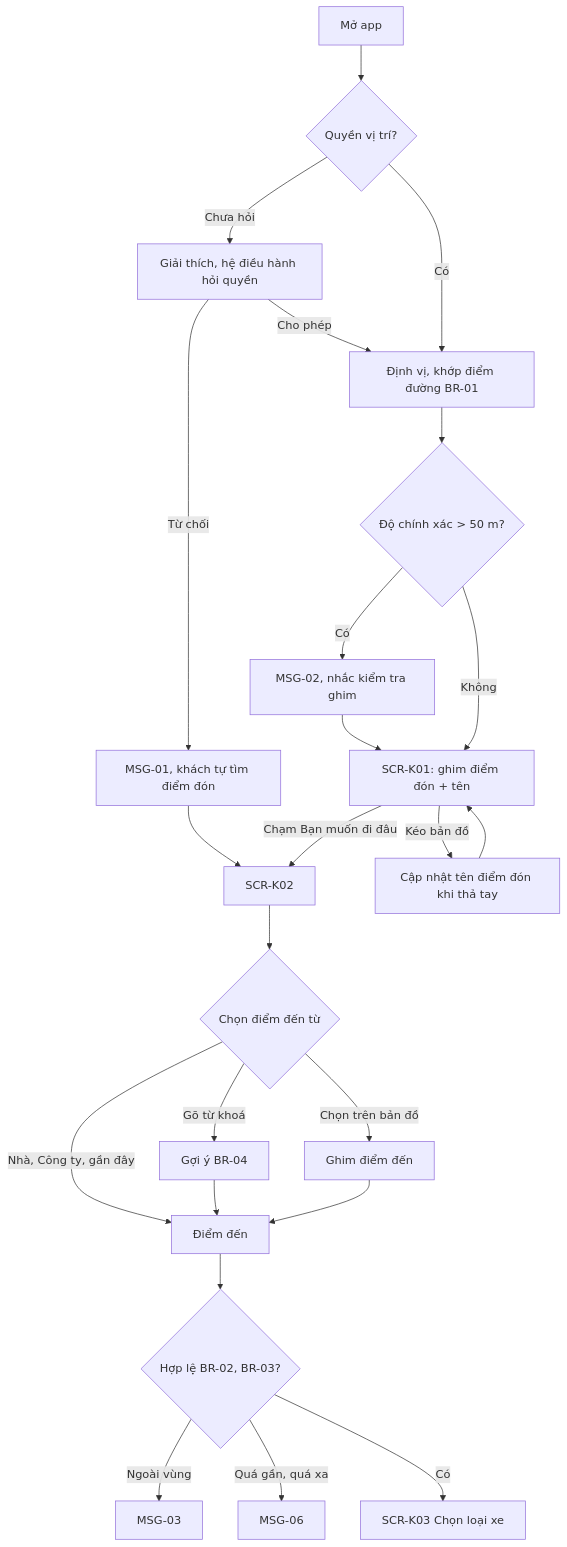
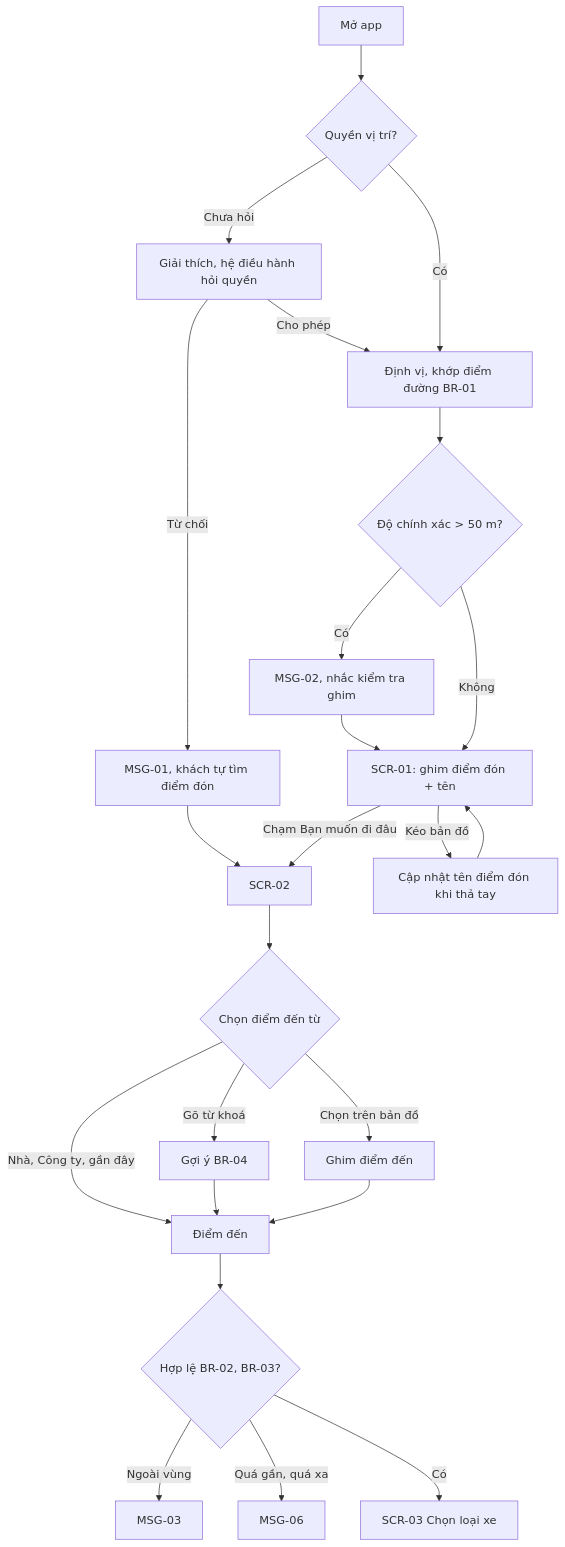
Before and after one commit to uxfoundation-vn/de05-dat-xe-cho-khach: the fifth of 20 diagrams in docs/SRS.md, drawn with Mermaid. The commit also changed other lines of this file and 2 other files, not shown here.

````diff
--- a/docs/SRS.md
+++ b/docs/SRS.md
@@ -244,22 +228,22 @@
 ```mermaid
 flowchart TD
   A["Mở app"] --> B{"Quyền vị trí?"}
   B -->|Chưa hỏi| B1["Giải thích, hệ điều hành hỏi quyền"]
   B1 -->|Từ chối| C["MSG-01, khách tự tìm điểm đón"]
   B1 -->|Cho phép| D
   B -->|Có| D["Định vị, khớp điểm đường BR-01"]
   D --> E{"Độ chính xác > 50 m?"}
   E -->|Có| E1["MSG-02, nhắc kiểm tra ghim"] --> F
-  E -->|Không| F["SCR-K01: ghim điểm đón + tên"]
+  E -->|Không| F["SCR-01: ghim điểm đón + tên"]
   C --> G
   F -->|Kéo bản đồ| F1["Cập nhật tên điểm đón khi thả tay"] --> F
-  F -->|Chạm Bạn muốn đi đâu| G["SCR-K02"]
+  F -->|Chạm Bạn muốn đi đâu| G["SCR-02"]
   G --> H{"Chọn điểm đến từ"}
   H -->|Nhà, Công ty, gần đây| I["Điểm đến"]
   H -->|Gõ từ khoá| H1["Gợi ý BR-04"] --> I
   H -->|Chọn trên bản đồ| H2["Ghim điểm đến"] --> I
   I --> J{"Hợp lệ BR-02, BR-03?"}
   J -->|Ngoài vùng| J1["MSG-03"]
   J -->|Quá gần, quá xa| J2["MSG-06"]
-  J -->|Có| K["SCR-K03 Chọn loại xe"]
+  J -->|Có| K["SCR-03 Chọn loại xe"]
 ```
````
